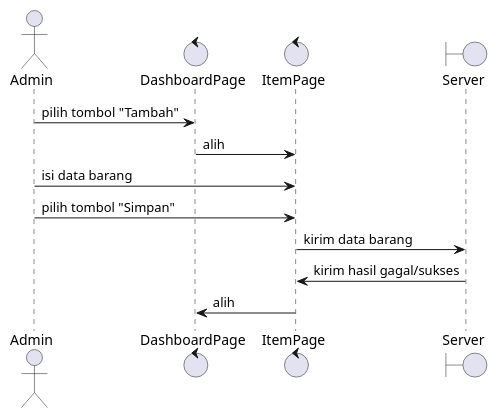
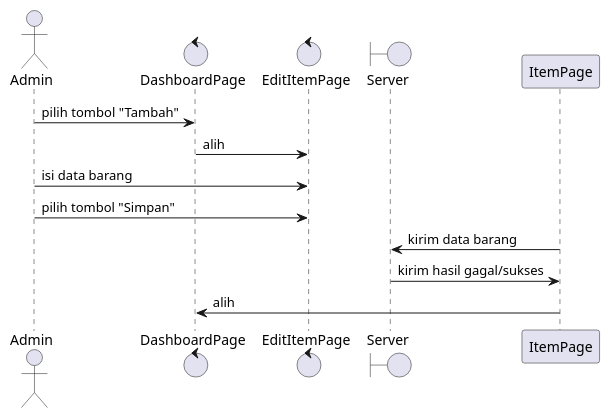
The diagram in crt_item_seq.puml (stnDinus/skpl_apbo_diagrams), drawn with PlantUML before and after one commit. The commit also changed 2 other files, not shown here.

```diff
--- a/crt_item_seq.puml
+++ b/crt_item_seq.puml
@@ -1,14 +1,14 @@
 @startuml
 actor Admin
 control DashboardPage
-control ItemPage
+control EditItemPage
 boundary Server
 
 Admin -> DashboardPage: pilih tombol "Tambah"
-DashboardPage -> ItemPage: alih
-Admin -> ItemPage: isi data barang
-Admin -> ItemPage: pilih tombol "Simpan"
+DashboardPage -> EditItemPage: alih
+Admin -> EditItemPage: isi data barang
+Admin -> EditItemPage: pilih tombol "Simpan"
 ItemPage -> Server: kirim data barang
 Server -> ItemPage: kirim hasil gagal/sukses
 ItemPage -> DashboardPage: alih
 @enduml
```
